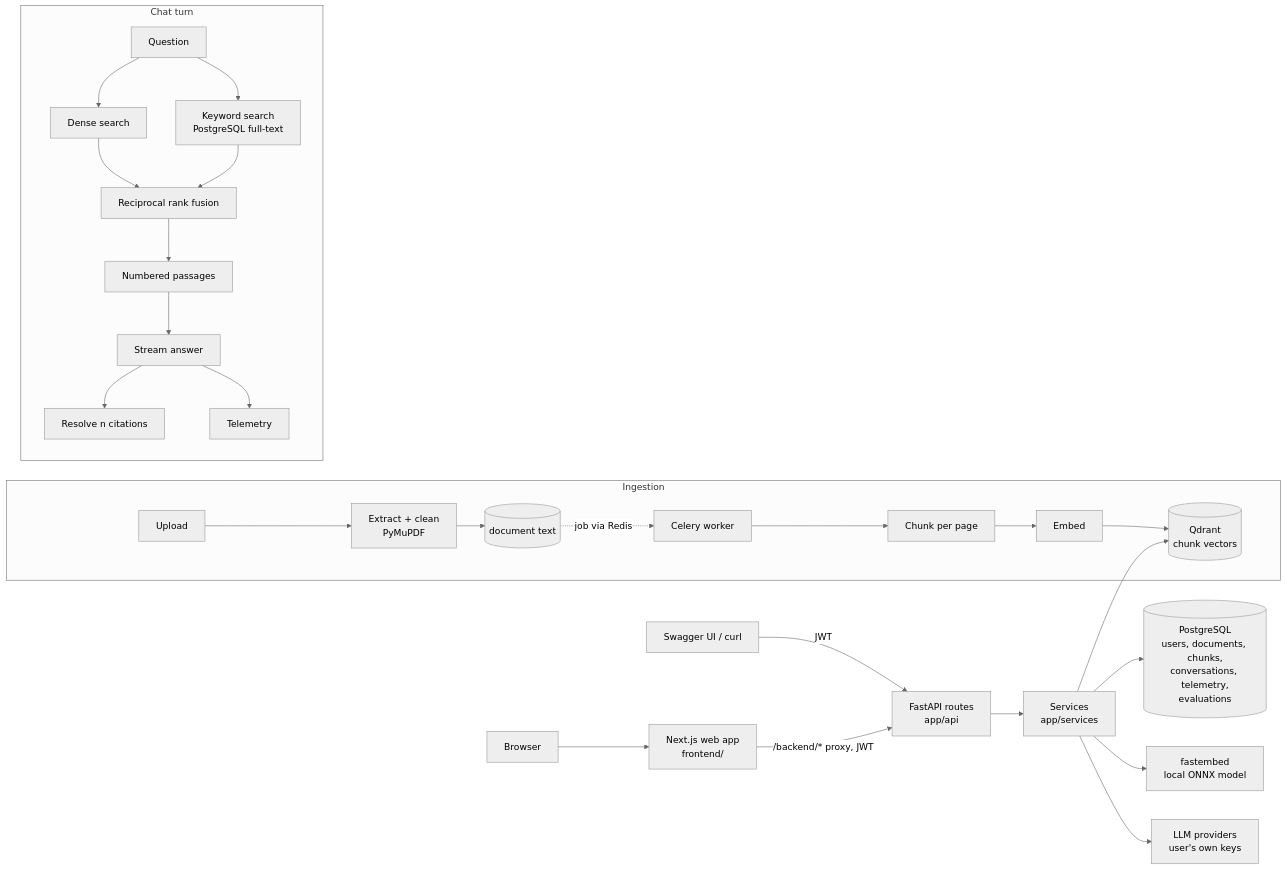
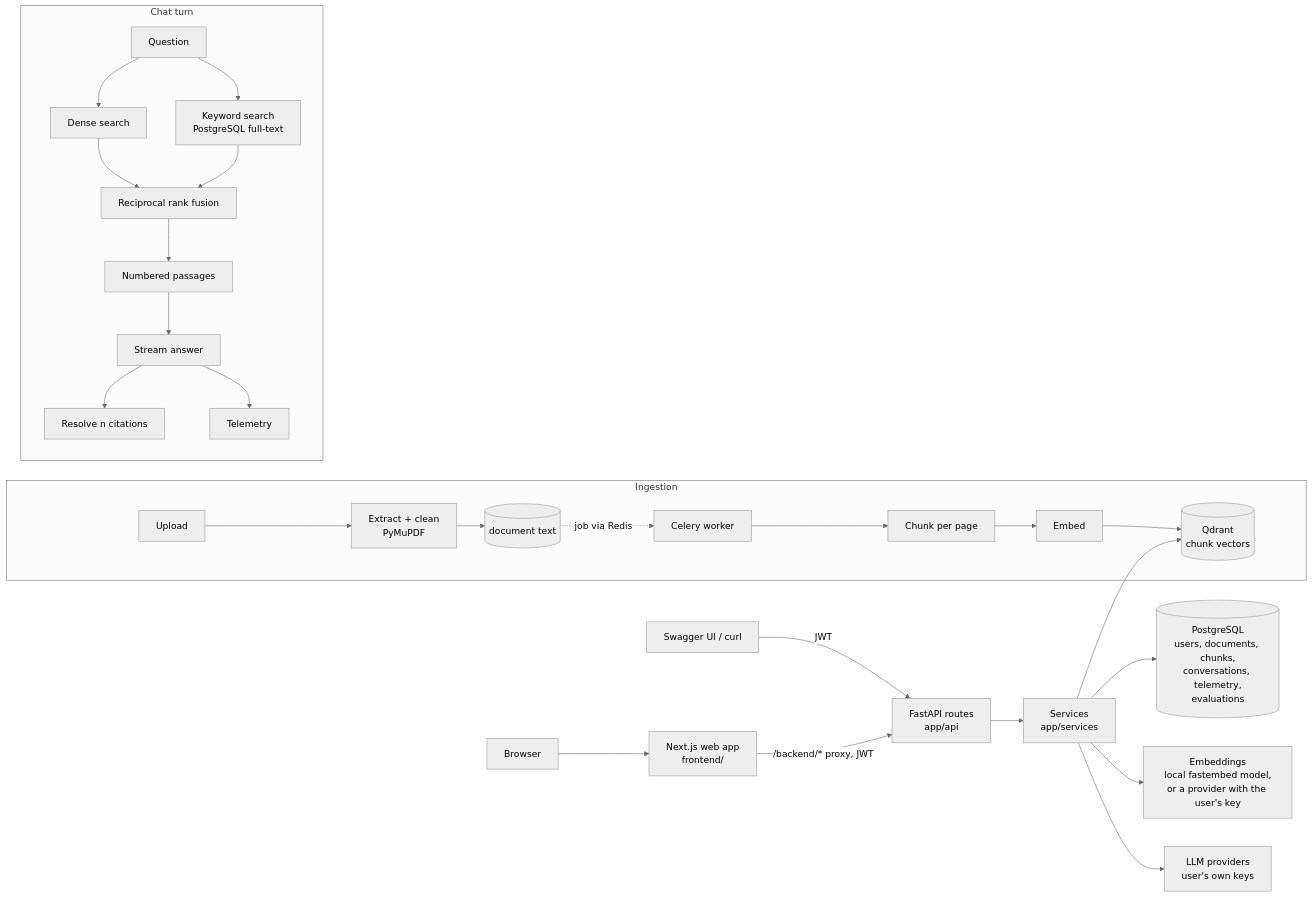
The diagram in README.md (shan3520/ragleitus), drawn with Mermaid (neutral theme) before and after one commit. The commit also changed other lines of this file and 14 other files, not shown here.

````diff
--- a/README.md
+++ b/README.md
@@ -120,22 +120,22 @@
 ```mermaid
 flowchart LR
     browser[Browser] --> web[Next.js web app<br/>frontend/]
     web -->|/backend/* proxy, JWT| api[FastAPI routes<br/>app/api]
     swagger[Swagger UI / curl] -->|JWT| api
     api --> services[Services<br/>app/services]
     services --> pg[(PostgreSQL<br/>users, documents, chunks,<br/>conversations, telemetry,<br/>evaluations)]
     services --> qdrant[(Qdrant<br/>chunk vectors)]
-    services --> embed[fastembed<br/>local ONNX model]
+    services --> embed[Embeddings<br/>local fastembed model,<br/>or a provider with the user's key]
     services --> llm[LLM providers<br/>user's own keys]
 
     subgraph Ingestion
       up[Upload] --> extract[Extract + clean<br/>PyMuPDF] --> store[(document text)]
       store -. job via Redis .-> worker[Celery worker] --> chunk[Chunk per page] --> vec[Embed] --> qdrant
     end
 
     subgraph Chat turn
       q[Question] --> dense[Dense search] & keyword[Keyword search<br/>PostgreSQL full-text]
       dense & keyword --> rrf[Reciprocal rank fusion] --> prompt[Numbered passages] --> gen[Stream answer] --> cite[Resolve n citations]
       gen --> tel[Telemetry]
     end
 ```
````
